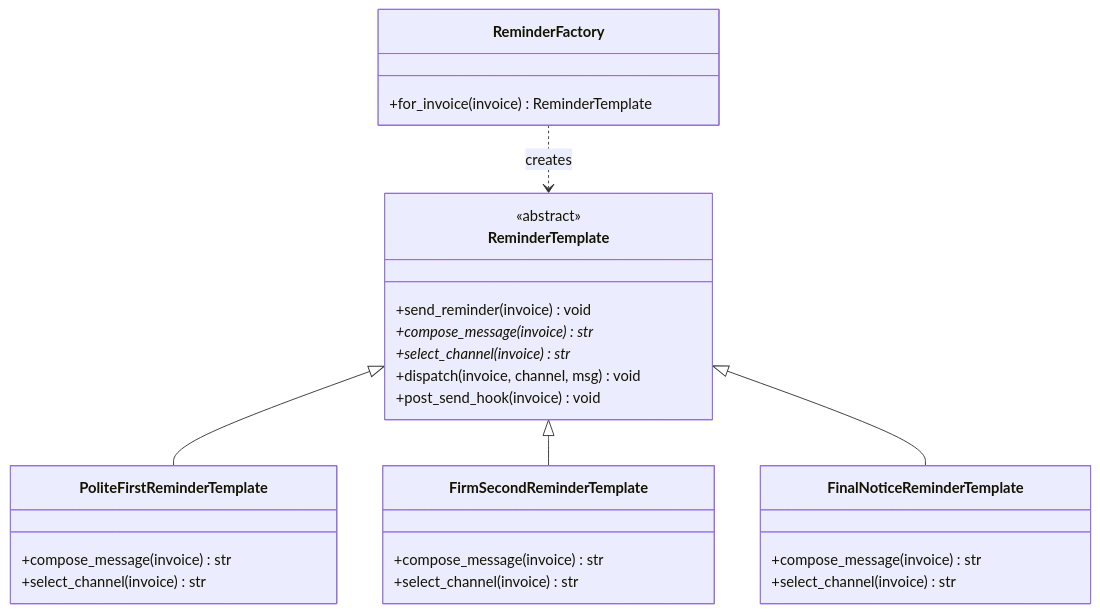
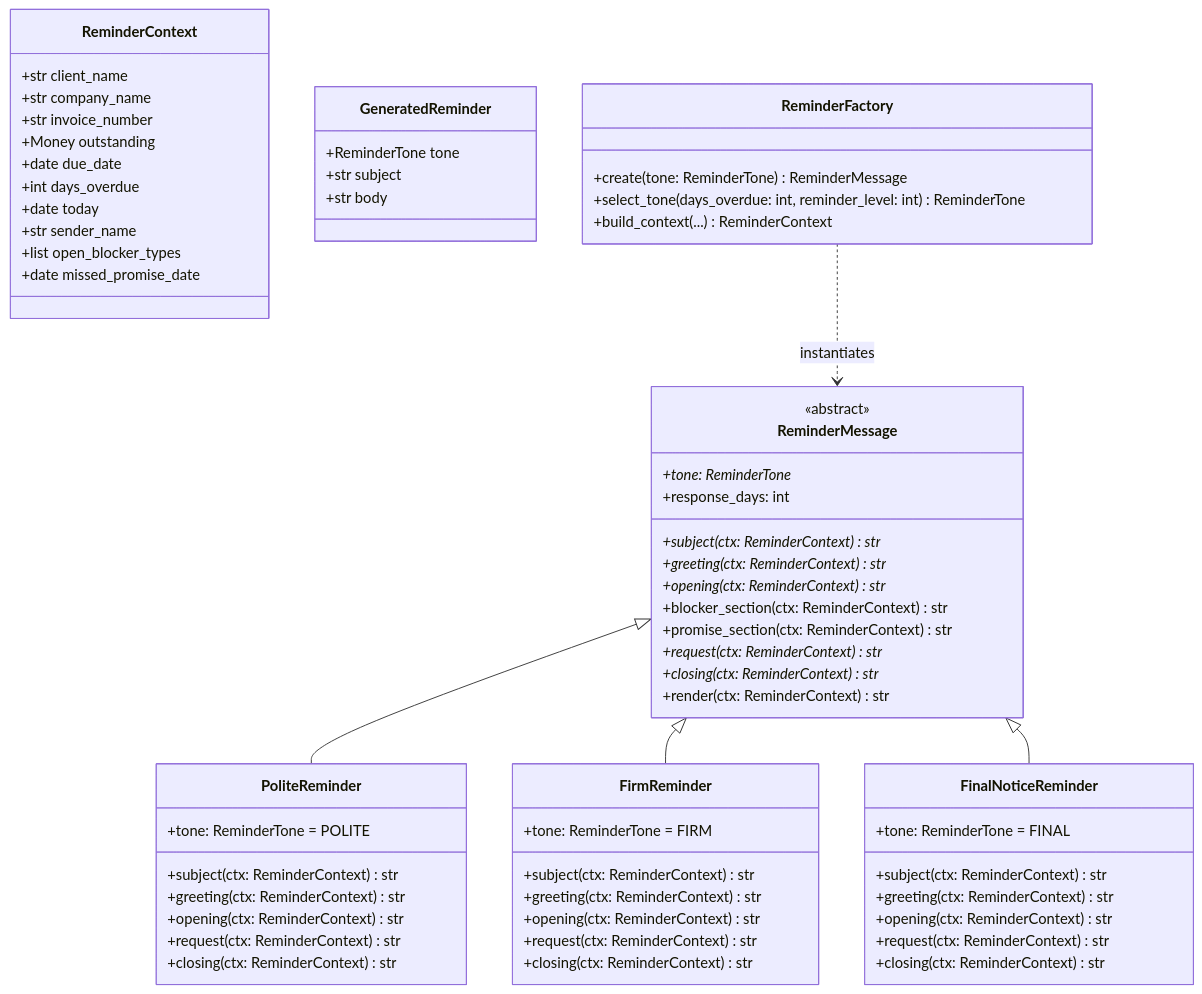
One commit to Anupam-hash926/DuePing changed the fourth of 8 diagrams in docs/uml/03-patterns.md. Above: the diagram before and after it, drawn with Mermaid. The commit also changed other lines of this file and 18 other files, not shown here.

Commit message:
phase 1: docs and uml match the code

````diff
--- a/docs/uml/03-patterns.md
+++ b/docs/uml/03-patterns.md
@@ -131,35 +157,73 @@
 ```mermaid
 classDiagram
-    class ReminderTemplate {
-        <<abstract>>
-        +send_reminder(invoice) void
-        +compose_message(invoice) str*
-        +select_channel(invoice) str*
-        +dispatch(invoice, channel, msg) void
-        +post_send_hook(invoice) void
+    class ReminderContext {
+        +str client_name
+        +str company_name
+        +str invoice_number
+        +Money outstanding
+        +date due_date
+        +int days_overdue
+        +date today
+        +str sender_name
+        +list open_blocker_types
+        +date missed_promise_date
     }
 
-    class PoliteFirstReminderTemplate {
-        +compose_message(invoice) str
-        +select_channel(invoice) str
+    class GeneratedReminder {
+        +ReminderTone tone
+        +str subject
+        +str body
     }
 
-    class FirmSecondReminderTemplate {
-        +compose_message(invoice) str
-        +select_channel(invoice) str
+    class ReminderMessage {
+        <<abstract>>
+        +tone: ReminderTone*
+        +response_days: int
+        +subject(ctx: ReminderContext)* str
+        +greeting(ctx: ReminderContext)* str
+        +opening(ctx: ReminderContext)* str
+        +blocker_section(ctx: ReminderContext) str
+        +promise_section(ctx: ReminderContext) str
+        +request(ctx: ReminderContext)* str
+        +closing(ctx: ReminderContext)* str
+        +render(ctx: ReminderContext) str
     }
 
-    class FinalNoticeReminderTemplate {
-        +compose_message(invoice) str
-        +select_channel(invoice) str
+    class PoliteReminder {
+        +tone: ReminderTone = POLITE
+        +subject(ctx: ReminderContext) str
+        +greeting(ctx: ReminderContext) str
+        +opening(ctx: ReminderContext) str
+        +request(ctx: ReminderContext) str
+        +closing(ctx: ReminderContext) str
+    }
+
+    class FirmReminder {
+        +tone: ReminderTone = FIRM
+        +subject(ctx: ReminderContext) str
+        +greeting(ctx: ReminderContext) str
+        +opening(ctx: ReminderContext) str
+        +request(ctx: ReminderContext) str
+        +closing(ctx: ReminderContext) str
+    }
+
+    class FinalNoticeReminder {
+        +tone: ReminderTone = FINAL
+        +subject(ctx: ReminderContext) str
+        +greeting(ctx: ReminderContext) str
+        +opening(ctx: ReminderContext) str
+        +request(ctx: ReminderContext) str
+        +closing(ctx: ReminderContext) str
     }
 
     class ReminderFactory {
-        +for_invoice(invoice) ReminderTemplate
+        +create(tone: ReminderTone) ReminderMessage
+        +select_tone(days_overdue: int, reminder_level: int) ReminderTone
+        +build_context(...) ReminderContext
     }
 
-    ReminderTemplate <|-- PoliteFirstReminderTemplate
-    ReminderTemplate <|-- FirmSecondReminderTemplate
-    ReminderTemplate <|-- FinalNoticeReminderTemplate
-    ReminderFactory ..> ReminderTemplate : creates
+    ReminderMessage <|-- PoliteReminder
+    ReminderMessage <|-- FirmReminder
+    ReminderMessage <|-- FinalNoticeReminder
+    ReminderFactory ..> ReminderMessage : instantiates
 ```
````
